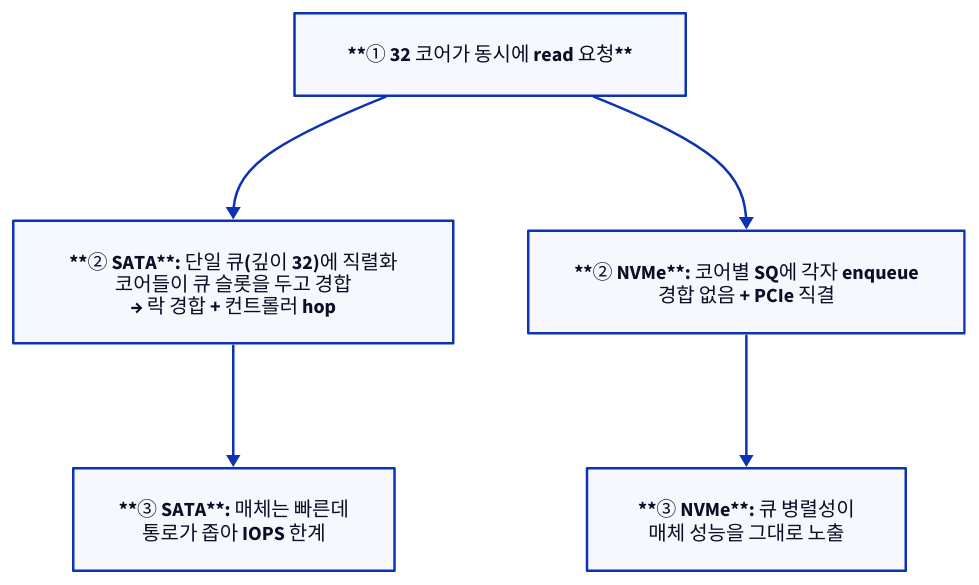
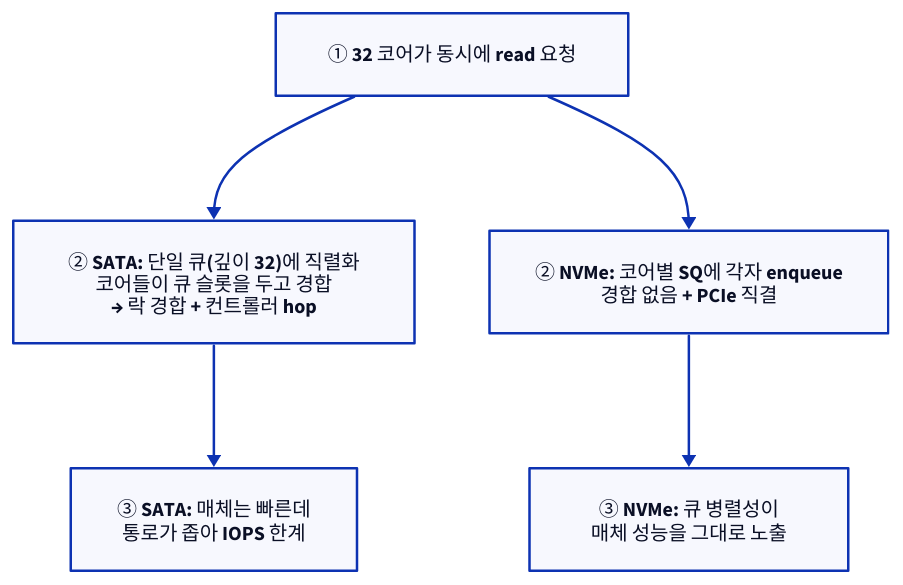
Before and after one commit to humbleowl39/DV_SKOOL: the second of 2 diagrams in starlight_site/src/content/docs/nvme/01_motivation_vs_sata_sas.md, drawn with D2. The commit also changed 714 other files, not shown here.

First line of the commit message:
fix(site): d2 다이어그램 가독성 결함 6종 일괄 수정

````diff
--- a/starlight_site/src/content/docs/nvme/01_motivation_vs_sata_sas.md
+++ b/starlight_site/src/content/docs/nvme/01_motivation_vs_sata_sas.md
@@ -85,11 +85,11 @@
 ```d2
 direction: down
 
-S1: "**① 32 코어가 동시에 read 요청**"
-S2A: "**② SATA**: 단일 큐(깊이 32)에 직렬화\n코어들이 큐 슬롯을 두고 경합\n→ 락 경합 + 컨트롤러 hop"
-S2B: "**② NVMe**: 코어별 SQ에 각자 enqueue\n경합 없음 + PCIe 직결"
-S3A: "**③ SATA**: 매체는 빠른데\n통로가 좁아 IOPS 한계"
-S3B: "**③ NVMe**: 큐 병렬성이\n매체 성능을 그대로 노출"
+S1: "① 32 코어가 동시에 read 요청"
+S2A: "② SATA: 단일 큐(깊이 32)에 직렬화\n코어들이 큐 슬롯을 두고 경합\n→ 락 경합 + 컨트롤러 hop"
+S2B: "② NVMe: 코어별 SQ에 각자 enqueue\n경합 없음 + PCIe 직결"
+S3A: "③ SATA: 매체는 빠른데\n통로가 좁아 IOPS 한계"
+S3B: "③ NVMe: 큐 병렬성이\n매체 성능을 그대로 노출"
 S1 -> S2A -> S3A
 S1 -> S2B -> S3B
 ```
````
